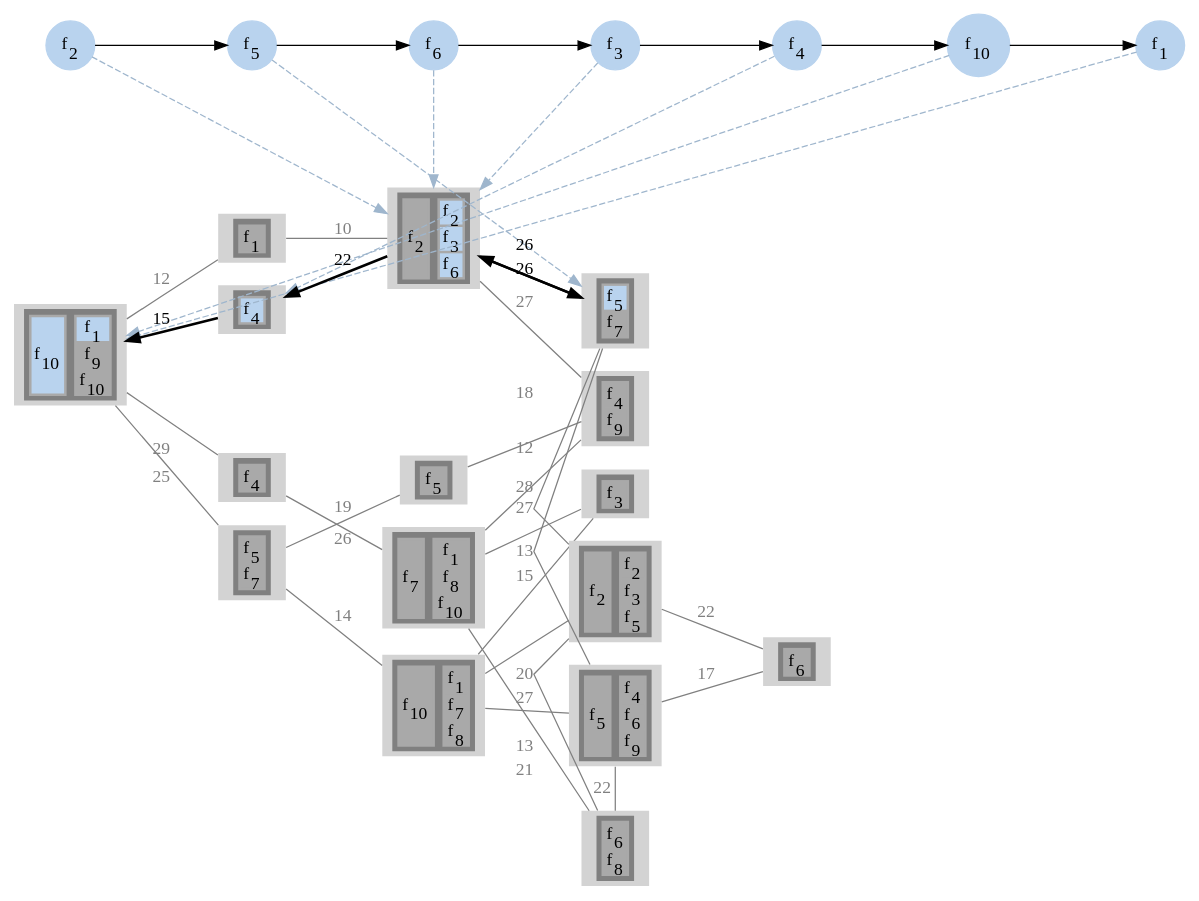
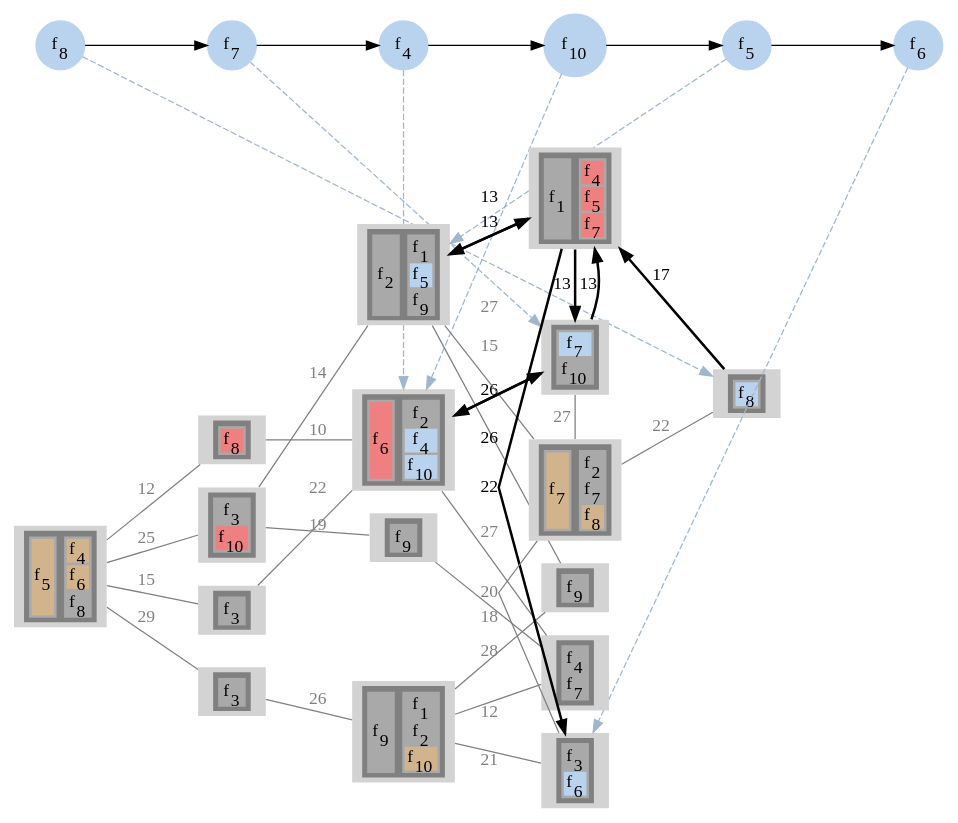
One commit to prateekshyap/SFC_Placement_in_VNF changed the diagram in output/sevenReliabilityOne/gv/sfcAssgn3.gv. Above: the diagram before and after it, drawn with Graphviz. The commit also changed 80 other files, not shown here.

```diff
--- a/output/sevenReliabilityOne/gv/sfcAssgn3.gv
+++ b/output/sevenReliabilityOne/gv/sfcAssgn3.gv
@@ -5,26 +5,23 @@
 subgraph sfc
 {
 node [shape=circle]
-{rank = same; f2; };
+{rank = same; f8; };
+{rank = same; f7; };
+{rank = same; f4; };
+{rank = same; f10; };
 {rank = same; f5; };
 {rank = same; f6; };
-{rank = same; f3; };
-{rank = same; f4; };
-{rank = same; f10; };
-{rank = same; f1; };
-f2[style=filled label=<f<SUB>2</SUB>> color="slategray2"]
+f8[style=filled label=<f<SUB>8</SUB>> color="slategray2"]
+f7[style=filled label=<f<SUB>7</SUB>> color="slategray2"]
+f4[style=filled label=<f<SUB>4</SUB>> color="slategray2"]
+f10[style=filled label=<f<SUB>10</SUB>> color="slategray2"]
 f5[style=filled label=<f<SUB>5</SUB>> color="slategray2"]
 f6[style=filled label=<f<SUB>6</SUB>> color="slategray2"]
-f3[style=filled label=<f<SUB>3</SUB>> color="slategray2"]
-f4[style=filled label=<f<SUB>4</SUB>> color="slategray2"]
-f10[style=filled label=<f<SUB>10</SUB>> color="slategray2"]
-f1[style=filled label=<f<SUB>1</SUB>> color="slategray2"]
-f2 -> f5
+f8 -> f7
+f7 -> f4
+f4 -> f10
+f10 -> f5
 f5 -> f6
-f6 -> f3
-f3 -> f4
-f4 -> f10
-f10 -> f1
 }
 subgraph network
 {
@@ -34,20 +31,13 @@
 {rank = same; 4; 6; 7; 9; };
 {rank = same; 5; 11; 10; 14; 12; 13; };
 {rank = same; 16; };
-4[style=filled
+16[style=filled
 label=<
 <TABLE BORDER="0" BGCOLOR="gray">
 <TR>
 <TD>
 <TABLE BORDER="0" BGCOLOR="darkgray">
-<TR><TD PORT="f6" BGCOLOR="darkgray">f<SUB>2</SUB></TD></TR>
-</TABLE>
-</TD>
-<TD>
-<TABLE BORDER="0" BGCOLOR="darkgray">
-<TR><TD PORT="f7" BGCOLOR="slategray2">f<SUB>2</SUB></TD></TR>
-<TR><TD PORT="f10" BGCOLOR="slategray2">f<SUB>3</SUB></TD></TR>
-<TR><TD PORT="f22" BGCOLOR="slategray2">f<SUB>6</SUB></TD></TR>
+<TR><TD PORT="f30" BGCOLOR="slategray2">f<SUB>8</SUB></TD></TR>
 </TABLE>
 </TD>
 </TR>
@@ -59,8 +49,8 @@
 <TR>
 <TD>
 <TABLE BORDER="0" BGCOLOR="darkgray">
-<TR><TD PORT="f17" BGCOLOR="slategray2">f<SUB>5</SUB></TD></TR>
-<TR><TD PORT="f27" BGCOLOR="darkgray">f<SUB>7</SUB></TD></TR>
+<TR><TD PORT="f25" BGCOLOR="slategray2">f<SUB>7</SUB></TD></TR>
+<TR><TD PORT="f35" BGCOLOR="darkgray">f<SUB>10</SUB></TD></TR>
 </TABLE>
 </TD>
 </TR>
@@ -72,8 +62,8 @@
 <TR>
 <TD>
 <TABLE BORDER="0" BGCOLOR="darkgray">
-<TR><TD PORT="f17" BGCOLOR="slategray2">f<SUB>5</SUB></TD></TR>
-<TR><TD PORT="f27" BGCOLOR="darkgray">f<SUB>7</SUB></TD></TR>
+<TR><TD PORT="f25" BGCOLOR="slategray2">f<SUB>7</SUB></TD></TR>
+<TR><TD PORT="f35" BGCOLOR="darkgray">f<SUB>10</SUB></TD></TR>
 </TABLE>
 </TD>
 </TR>
@@ -85,14 +75,14 @@
 <TR>
 <TD>
 <TABLE BORDER="0" BGCOLOR="darkgray">
-<TR><TD PORT="f6" BGCOLOR="darkgray">f<SUB>2</SUB></TD></TR>
+<TR><TD PORT="f19" BGCOLOR="lightcoral">f<SUB>6</SUB></TD></TR>
 </TABLE>
 </TD>
 <TD>
 <TABLE BORDER="0" BGCOLOR="darkgray">
-<TR><TD PORT="f7" BGCOLOR="slategray2">f<SUB>2</SUB></TD></TR>
-<TR><TD PORT="f10" BGCOLOR="slategray2">f<SUB>3</SUB></TD></TR>
-<TR><TD PORT="f22" BGCOLOR="slategray2">f<SUB>6</SUB></TD></TR>
+<TR><TD PORT="f4" BGCOLOR="darkgray">f<SUB>2</SUB></TD></TR>
+<TR><TD PORT="f13" BGCOLOR="slategray2">f<SUB>4</SUB></TD></TR>
+<TR><TD PORT="f37" BGCOLOR="slategray2">f<SUB>10</SUB></TD></TR>
 </TABLE>
 </TD>
 </TR>
@@ -104,14 +94,140 @@
 <TR>
 <TD>
 <TABLE BORDER="0" BGCOLOR="darkgray">
-<TR><TD PORT="f6" BGCOLOR="darkgray">f<SUB>2</SUB></TD></TR>
+<TR><TD PORT="f19" BGCOLOR="lightcoral">f<SUB>6</SUB></TD></TR>
 </TABLE>
 </TD>
 <TD>
 <TABLE BORDER="0" BGCOLOR="darkgray">
-<TR><TD PORT="f7" BGCOLOR="slategray2">f<SUB>2</SUB></TD></TR>
-<TR><TD PORT="f10" BGCOLOR="slategray2">f<SUB>3</SUB></TD></TR>
-<TR><TD PORT="f22" BGCOLOR="slategray2">f<SUB>6</SUB></TD></TR>
+<TR><TD PORT="f4" BGCOLOR="darkgray">f<SUB>2</SUB></TD></TR>
+<TR><TD PORT="f13" BGCOLOR="slategray2">f<SUB>4</SUB></TD></TR>
+<TR><TD PORT="f37" BGCOLOR="slategray2">f<SUB>10</SUB></TD></TR>
+</TABLE>
+</TD>
+</TR>
+</TABLE>>]
+
+4[style=filled
+label=<
+<TABLE BORDER="0" BGCOLOR="gray">
+<TR>
+<TD>
+<TABLE BORDER="0" BGCOLOR="darkgray">
+<TR><TD PORT="f19" BGCOLOR="lightcoral">f<SUB>6</SUB></TD></TR>
+</TABLE>
+</TD>
+<TD>
+<TABLE BORDER="0" BGCOLOR="darkgray">
+<TR><TD PORT="f4" BGCOLOR="darkgray">f<SUB>2</SUB></TD></TR>
+<TR><TD PORT="f13" BGCOLOR="slategray2">f<SUB>4</SUB></TD></TR>
+<TR><TD PORT="f37" BGCOLOR="slategray2">f<SUB>10</SUB></TD></TR>
+</TABLE>
+</TD>
+</TR>
+</TABLE>>]
+
+9[style=filled
+label=<
+<TABLE BORDER="0" BGCOLOR="gray">
+<TR>
+<TD>
+<TABLE BORDER="0" BGCOLOR="darkgray">
+<TR><TD PORT="f5" BGCOLOR="darkgray">f<SUB>2</SUB></TD></TR>
+</TABLE>
+</TD>
+<TD>
+<TABLE BORDER="0" BGCOLOR="darkgray">
+<TR><TD PORT="f3" BGCOLOR="darkgray">f<SUB>1</SUB></TD></TR>
+<TR><TD PORT="f18" BGCOLOR="slategray2">f<SUB>5</SUB></TD></TR>
+<TR><TD PORT="f33" BGCOLOR="darkgray">f<SUB>9</SUB></TD></TR>
+</TABLE>
+</TD>
+</TR>
+</TABLE>>]
+
+9[style=filled
+label=<
+<TABLE BORDER="0" BGCOLOR="gray">
+<TR>
+<TD>
+<TABLE BORDER="0" BGCOLOR="darkgray">
+<TR><TD PORT="f5" BGCOLOR="darkgray">f<SUB>2</SUB></TD></TR>
+</TABLE>
+</TD>
+<TD>
+<TABLE BORDER="0" BGCOLOR="darkgray">
+<TR><TD PORT="f3" BGCOLOR="darkgray">f<SUB>1</SUB></TD></TR>
+<TR><TD PORT="f18" BGCOLOR="slategray2">f<SUB>5</SUB></TD></TR>
+<TR><TD PORT="f33" BGCOLOR="darkgray">f<SUB>9</SUB></TD></TR>
+</TABLE>
+</TD>
+</TR>
+</TABLE>>]
+
+14[style=filled
+label=<
+<TABLE BORDER="0" BGCOLOR="gray">
+<TR>
+<TD>
+<TABLE BORDER="0" BGCOLOR="darkgray">
+<TR><TD PORT="f9" BGCOLOR="darkgray">f<SUB>3</SUB></TD></TR>
+<TR><TD PORT="f20" BGCOLOR="slategray2">f<SUB>6</SUB></TD></TR>
+</TABLE>
+</TD>
+</TR>
+</TABLE>>]
+
+1[style=filled
+label=<
+<TABLE BORDER="0" BGCOLOR="gray">
+<TR>
+<TD>
+<TABLE BORDER="0" BGCOLOR="darkgray">
+<TR><TD PORT="f17" BGCOLOR="tan">f<SUB>5</SUB></TD></TR>
+</TABLE>
+</TD>
+<TD>
+<TABLE BORDER="0" BGCOLOR="darkgray">
+<TR><TD PORT="f15" BGCOLOR="tan">f<SUB>4</SUB></TD></TR>
+<TR><TD PORT="f21" BGCOLOR="tan">f<SUB>6</SUB></TD></TR>
+<TR><TD PORT="f27" BGCOLOR="darkgray">f<SUB>8</SUB></TD></TR>
+</TABLE>
+</TD>
+</TR>
+</TABLE>>]
+
+2[style=filled
+label=<
+<TABLE BORDER="0" BGCOLOR="gray">
+<TR>
+<TD>
+<TABLE BORDER="0" BGCOLOR="darkgray">
+<TR><TD PORT="f28" BGCOLOR="lightcoral">f<SUB>8</SUB></TD></TR>
+</TABLE>
+</TD>
+</TR>
+</TABLE>>]
+
+3[style=filled
+label=<
+<TABLE BORDER="0" BGCOLOR="gray">
+<TR>
+<TD>
+<TABLE BORDER="0" BGCOLOR="darkgray">
+<TR><TD PORT="f10" BGCOLOR="darkgray">f<SUB>3</SUB></TD></TR>
+</TABLE>
+</TD>
+</TR>
+</TABLE>>]
+
+8[style=filled
+label=<
+<TABLE BORDER="0" BGCOLOR="gray">
+<TR>
+<TD>
+<TABLE BORDER="0" BGCOLOR="darkgray">
+<TR><TD PORT="f8" BGCOLOR="darkgray">f<SUB>3</SUB></TD></TR>
+<TR><TD PORT="f38" BGCOLOR="lightcoral">f<SUB>10</SUB></TD></TR>
 </TABLE>
 </TD>
 </TR>
@@ -123,94 +239,7 @@
 <TR>
 <TD>
 <TABLE BORDER="0" BGCOLOR="darkgray">
-<TR><TD PORT="f13" BGCOLOR="slategray2">f<SUB>4</SUB></TD></TR>
-</TABLE>
-</TD>
-</TR>
-</TABLE>>]
-
-15[style=filled
-label=<
-<TABLE BORDER="0" BGCOLOR="gray">
-<TR>
-<TD>
-<TABLE BORDER="0" BGCOLOR="darkgray">
-<TR><TD PORT="f13" BGCOLOR="slategray2">f<SUB>4</SUB></TD></TR>
-</TABLE>
-</TD>
-</TR>
-</TABLE>>]
-
-1[style=filled
-label=<
-<TABLE BORDER="0" BGCOLOR="gray">
-<TR>
-<TD>
-<TABLE BORDER="0" BGCOLOR="darkgray">
-<TR><TD PORT="f37" BGCOLOR="slategray2">f<SUB>10</SUB></TD></TR>
-</TABLE>
-</TD>
-<TD>
-<TABLE BORDER="0" BGCOLOR="darkgray">
-<TR><TD PORT="f3" BGCOLOR="slategray2">f<SUB>1</SUB></TD></TR>
-<TR><TD PORT="f33" BGCOLOR="darkgray">f<SUB>9</SUB></TD></TR>
-<TR><TD PORT="f38" BGCOLOR="darkgray">f<SUB>10</SUB></TD></TR>
-</TABLE>
-</TD>
-</TR>
-</TABLE>>]
-
-1[style=filled
-label=<
-<TABLE BORDER="0" BGCOLOR="gray">
-<TR>
-<TD>
-<TABLE BORDER="0" BGCOLOR="darkgray">
-<TR><TD PORT="f37" BGCOLOR="slategray2">f<SUB>10</SUB></TD></TR>
-</TABLE>
-</TD>
-<TD>
-<TABLE BORDER="0" BGCOLOR="darkgray">
-<TR><TD PORT="f3" BGCOLOR="slategray2">f<SUB>1</SUB></TD></TR>
-<TR><TD PORT="f33" BGCOLOR="darkgray">f<SUB>9</SUB></TD></TR>
-<TR><TD PORT="f38" BGCOLOR="darkgray">f<SUB>10</SUB></TD></TR>
-</TABLE>
-</TD>
-</TR>
-</TABLE>>]
-
-2[style=filled
-label=<
-<TABLE BORDER="0" BGCOLOR="gray">
-<TR>
-<TD>
-<TABLE BORDER="0" BGCOLOR="darkgray">
-<TR><TD PORT="f2" BGCOLOR="darkgray">f<SUB>1</SUB></TD></TR>
-</TABLE>
-</TD>
-</TR>
-</TABLE>>]
-
-3[style=filled
-label=<
-<TABLE BORDER="0" BGCOLOR="gray">
-<TR>
-<TD>
-<TABLE BORDER="0" BGCOLOR="darkgray">
-<TR><TD PORT="f12" BGCOLOR="darkgray">f<SUB>4</SUB></TD></TR>
-</TABLE>
-</TD>
-</TR>
-</TABLE>>]
-
-8[style=filled
-label=<
-<TABLE BORDER="0" BGCOLOR="gray">
-<TR>
-<TD>
-<TABLE BORDER="0" BGCOLOR="darkgray">
-<TR><TD PORT="f18" BGCOLOR="darkgray">f<SUB>5</SUB></TD></TR>
-<TR><TD PORT="f28" BGCOLOR="darkgray">f<SUB>7</SUB></TD></TR>
+<TR><TD PORT="f11" BGCOLOR="darkgray">f<SUB>3</SUB></TD></TR>
 </TABLE>
 </TD>
 </TR>
@@ -222,14 +251,14 @@
 <TR>
 <TD>
 <TABLE BORDER="0" BGCOLOR="darkgray">
-<TR><TD PORT="f26" BGCOLOR="darkgray">f<SUB>7</SUB></TD></TR>
+<TR><TD PORT="f32" BGCOLOR="darkgray">f<SUB>9</SUB></TD></TR>
 </TABLE>
 </TD>
 <TD>
 <TABLE BORDER="0" BGCOLOR="darkgray">
-<TR><TD PORT="f4" BGCOLOR="darkgray">f<SUB>1</SUB></TD></TR>
-<TR><TD PORT="f30" BGCOLOR="darkgray">f<SUB>8</SUB></TD></TR>
-<TR><TD PORT="f36" BGCOLOR="darkgray">f<SUB>10</SUB></TD></TR>
+<TR><TD PORT="f2" BGCOLOR="darkgray">f<SUB>1</SUB></TD></TR>
+<TR><TD PORT="f6" BGCOLOR="darkgray">f<SUB>2</SUB></TD></TR>
+<TR><TD PORT="f36" BGCOLOR="tan">f<SUB>10</SUB></TD></TR>
 </TABLE>
 </TD>
 </TR>
@@ -242,7 +271,7 @@
 <TD>
 <TABLE BORDER="0" BGCOLOR="darkgray">
 <TR><TD PORT="f14" BGCOLOR="darkgray">f<SUB>4</SUB></TD></TR>
-<TR><TD PORT="f34" BGCOLOR="darkgray">f<SUB>9</SUB></TD></TR>
+<TR><TD PORT="f24" BGCOLOR="darkgray">f<SUB>7</SUB></TD></TR>
 </TABLE>
 </TD>
 </TR>
@@ -254,7 +283,7 @@
 <TR>
 <TD>
 <TABLE BORDER="0" BGCOLOR="darkgray">
-<TR><TD PORT="f19" BGCOLOR="darkgray">f<SUB>5</SUB></TD></TR>
+<TR><TD PORT="f31" BGCOLOR="darkgray">f<SUB>9</SUB></TD></TR>
 </TABLE>
 </TD>
 </TR>
@@ -266,39 +295,7 @@
 <TR>
 <TD>
 <TABLE BORDER="0" BGCOLOR="darkgray">
-<TR><TD PORT="f9" BGCOLOR="darkgray">f<SUB>3</SUB></TD></TR>
-</TABLE>
-</TD>
-</TR>
-</TABLE>>]
-
-14[style=filled
-label=<
-<TABLE BORDER="0" BGCOLOR="gray">
-<TR>
-<TD>
-<TABLE BORDER="0" BGCOLOR="darkgray">
-<TR><TD PORT="f21" BGCOLOR="darkgray">f<SUB>6</SUB></TD></TR>
-<TR><TD PORT="f31" BGCOLOR="darkgray">f<SUB>8</SUB></TD></TR>
-</TABLE>
-</TD>
-</TR>
-</TABLE>>]
-
-9[style=filled
-label=<
-<TABLE BORDER="0" BGCOLOR="gray">
-<TR>
-<TD>
-<TABLE BORDER="0" BGCOLOR="darkgray">
-<TR><TD PORT="f35" BGCOLOR="darkgray">f<SUB>10</SUB></TD></TR>
-</TABLE>
-</TD>
-<TD>
-<TABLE BORDER="0" BGCOLOR="darkgray">
-<TR><TD PORT="f1" BGCOLOR="darkgray">f<SUB>1</SUB></TD></TR>
-<TR><TD PORT="f25" BGCOLOR="darkgray">f<SUB>7</SUB></TD></TR>
-<TR><TD PORT="f29" BGCOLOR="darkgray">f<SUB>8</SUB></TD></TR>
+<TR><TD PORT="f34" BGCOLOR="darkgray">f<SUB>9</SUB></TD></TR>
 </TABLE>
 </TD>
 </TR>
@@ -310,14 +307,14 @@
 <TR>
 <TD>
 <TABLE BORDER="0" BGCOLOR="darkgray">
-<TR><TD PORT="f16" BGCOLOR="darkgray">f<SUB>5</SUB></TD></TR>
+<TR><TD PORT="f1" BGCOLOR="darkgray">f<SUB>1</SUB></TD></TR>
 </TABLE>
 </TD>
 <TD>
 <TABLE BORDER="0" BGCOLOR="darkgray">
-<TR><TD PORT="f15" BGCOLOR="darkgray">f<SUB>4</SUB></TD></TR>
-<TR><TD PORT="f23" BGCOLOR="darkgray">f<SUB>6</SUB></TD></TR>
-<TR><TD PORT="f32" BGCOLOR="darkgray">f<SUB>9</SUB></TD></TR>
+<TR><TD PORT="f12" BGCOLOR="lightcoral">f<SUB>4</SUB></TD></TR>
+<TR><TD PORT="f16" BGCOLOR="lightcoral">f<SUB>5</SUB></TD></TR>
+<TR><TD PORT="f23" BGCOLOR="lightcoral">f<SUB>7</SUB></TD></TR>
 </TABLE>
 </TD>
 </TR>
@@ -329,41 +326,35 @@
 <TR>
 <TD>
 <TABLE BORDER="0" BGCOLOR="darkgray">
-<TR><TD PORT="f5" BGCOLOR="darkgray">f<SUB>2</SUB></TD></TR>
+<TR><TD PORT="f22" BGCOLOR="tan">f<SUB>7</SUB></TD></TR>
 </TABLE>
 </TD>
 <TD>
 <TABLE BORDER="0" BGCOLOR="darkgray">
-<TR><TD PORT="f8" BGCOLOR="darkgray">f<SUB>2</SUB></TD></TR>
-<TR><TD PORT="f11" BGCOLOR="darkgray">f<SUB>3</SUB></TD></TR>
-<TR><TD PORT="f20" BGCOLOR="darkgray">f<SUB>5</SUB></TD></TR>
+<TR><TD PORT="f7" BGCOLOR="darkgray">f<SUB>2</SUB></TD></TR>
+<TR><TD PORT="f26" BGCOLOR="darkgray">f<SUB>7</SUB></TD></TR>
+<TR><TD PORT="f29" BGCOLOR="tan">f<SUB>8</SUB></TD></TR>
 </TABLE>
 </TD>
 </TR>
 </TABLE>>]
 
-16[style=filled
-label=<
-<TABLE BORDER="0" BGCOLOR="gray">
-<TR>
-<TD>
-<TABLE BORDER="0" BGCOLOR="darkgray">
-<TR><TD PORT="f24" BGCOLOR="darkgray">f<SUB>6</SUB></TD></TR>
-</TABLE>
-</TD>
-</TR>
-</TABLE>>]
-
+16 -> 12[label="17" color="black" penwidth=2]
+12 -> 11[label="13" color="black" penwidth=2]
+11 -> 4[label="26" color="black" penwidth=2]
 4 -> 11[label="26" color="black" penwidth=2]
-11 -> 4[label="26" color="black" penwidth=2]
-4 -> 15[label="22" color="black" penwidth=2]
-15 -> 1[label="15" color="black" penwidth=2]
+11 -> 12[label="13" color="black" penwidth=2]
+12 -> 9[label="13" color="black" penwidth=2]
+9 -> 12[label="13" color="black" penwidth=2]
+12 -> 14[label="22" color="black" penwidth=2]
 1 -> 2[label="12" color="gray" fontcolor="gray" dir = none]
 1 -> 3[label="29" color="gray" fontcolor="gray" dir = none]
 1 -> 8[label="25" color="gray" fontcolor="gray" dir = none]
+1 -> 15[label="15" color="gray" fontcolor="gray" dir = none]
 2 -> 4[label="10" color="gray" fontcolor="gray" dir = none]
 3 -> 6[label="26" color="gray" fontcolor="gray" dir = none]
 4 -> 5[label="27" color="gray" fontcolor="gray" dir = none]
+4 -> 15[label="22" color="gray" fontcolor="gray" dir = none]
 5 -> 6[label="12" color="gray" fontcolor="gray" dir = none]
 5 -> 7[label="18" color="gray" fontcolor="gray" dir = none]
 6 -> 10[label="28" color="gray" fontcolor="gray" dir = none]
@@ -371,21 +362,16 @@
 7 -> 8[label="19" color="gray" fontcolor="gray" dir = none]
 8 -> 9[label="14" color="gray" fontcolor="gray" dir = none]
 9 -> 10[label="15" color="gray" fontcolor="gray" dir = none]
-9 -> 12[label="13" color="gray" fontcolor="gray" dir = none]
 9 -> 13[label="27" color="gray" fontcolor="gray" dir = none]
-11 -> 12[label="13" color="gray" fontcolor="gray" dir = none]
 11 -> 13[label="27" color="gray" fontcolor="gray" dir = none]
-12 -> 14[label="22" color="gray" fontcolor="gray" dir = none]
-12 -> 16[label="17" color="gray" fontcolor="gray" dir = none]
 13 -> 14[label="20" color="gray" fontcolor="gray" dir = none]
 13 -> 16[label="22" color="gray" fontcolor="gray" dir = none]
 }
 splines=false
-f2 -> 4[color="slategray3" style=dashed constraint=false]
-f5 -> 11[color="slategray3" style=dashed constraint=false]
-f6 -> 4[color="slategray3" style=dashed constraint=false]
-f3 -> 4[color="slategray3" style=dashed constraint=false]
-f4 -> 15[color="slategray3" style=dashed constraint=false]
-f10 -> 1[color="slategray3" style=dashed constraint=false]
-f1 -> 1[color="slategray3" style=dashed constraint=false]
+f8 -> 16[color="slategray3" style=dashed constraint=false]
+f7 -> 11[color="slategray3" style=dashed constraint=false]
+f4 -> 4[color="slategray3" style=dashed constraint=false]
+f10 -> 4[color="slategray3" style=dashed constraint=false]
+f5 -> 9[color="slategray3" style=dashed constraint=false]
+f6 -> 14[color="slategray3" style=dashed constraint=false]
 }
```
